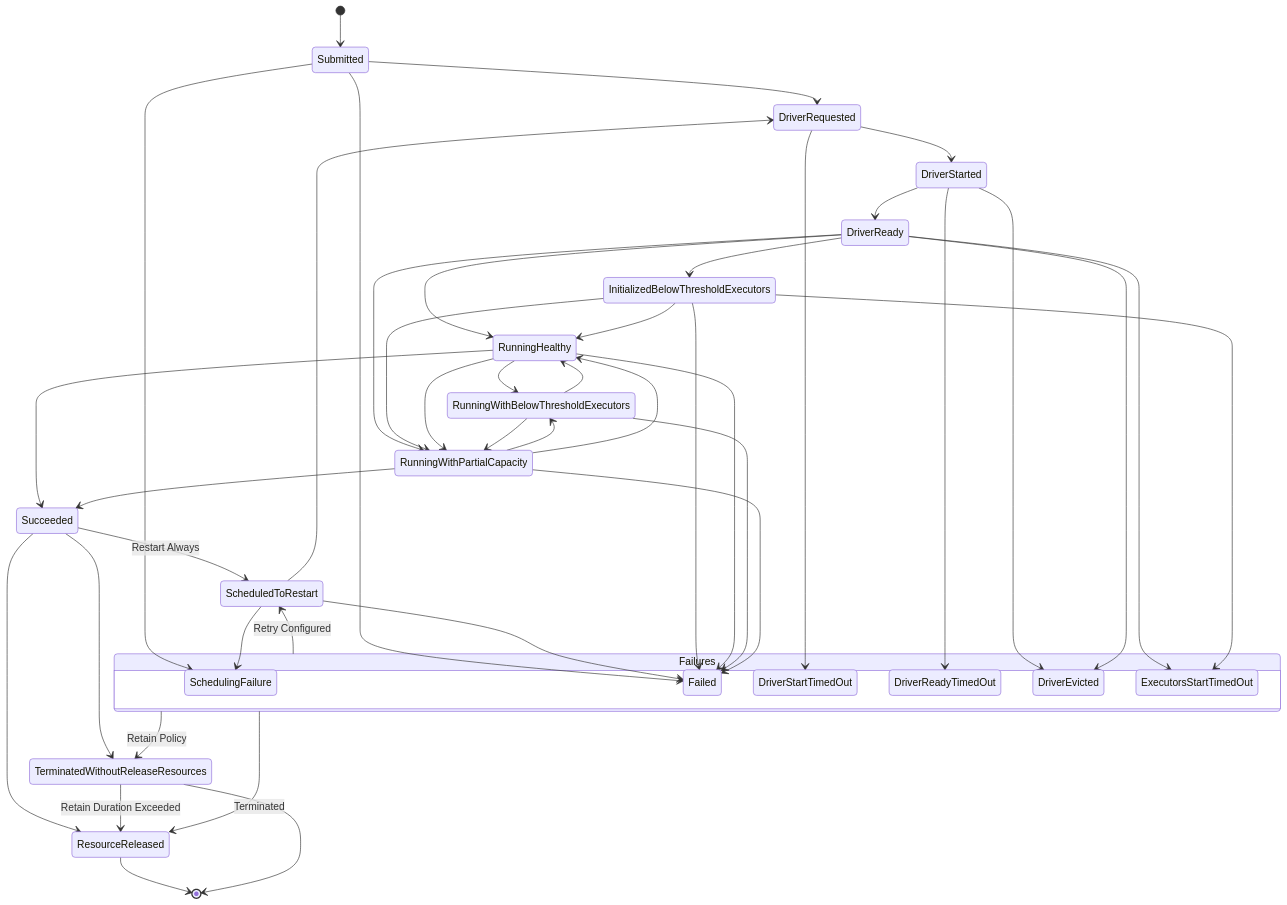
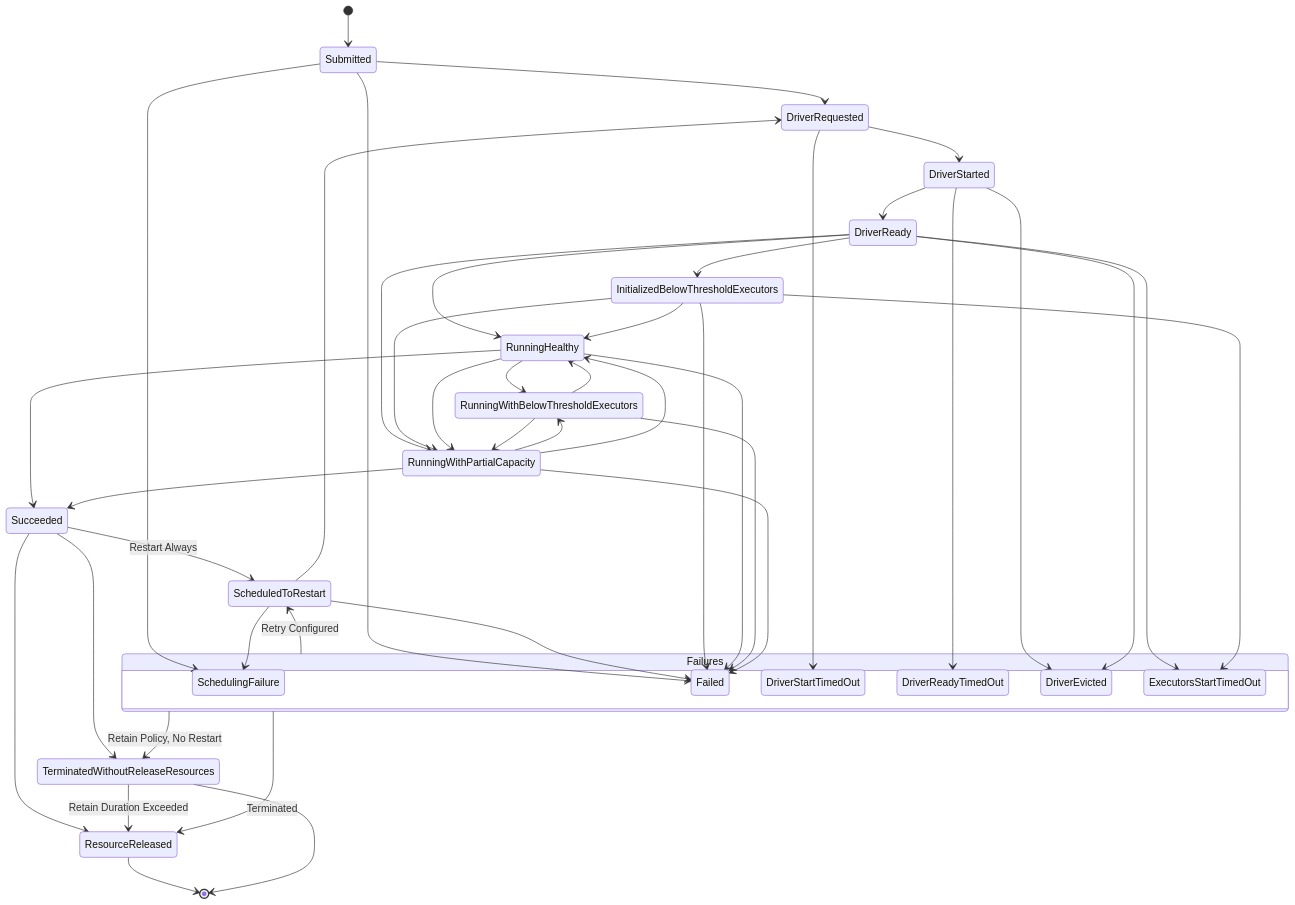
One commit to apache/spark-kubernetes-operator changed the second of 3 diagrams in docs/architecture.md. Above: the diagram before and after it, drawn with Mermaid. The commit also changed 3 other files, not shown here.

````diff
--- a/docs/architecture.md
+++ b/docs/architecture.md
@@ -96,67 +96,67 @@
 ```mermaid
 stateDiagram-v2
 
     [*] --> Submitted
 
     Submitted --> DriverRequested
     Submitted --> SchedulingFailure
     Submitted --> Failed
 
     ScheduledToRestart --> DriverRequested
     ScheduledToRestart --> SchedulingFailure
     ScheduledToRestart --> Failed
 
     DriverRequested --> DriverStarted
     DriverRequested --> DriverStartTimedOut
 
     DriverStarted --> DriverReady
     DriverStarted --> DriverReadyTimedOut
     DriverStarted --> DriverEvicted
 
     DriverReady --> RunningHealthy
     DriverReady --> InitializedBelowThresholdExecutors
     DriverReady --> RunningWithPartialCapacity
     DriverReady --> ExecutorsStartTimedOut
     DriverReady --> DriverEvicted
 
     InitializedBelowThresholdExecutors --> RunningHealthy
     InitializedBelowThresholdExecutors --> RunningWithPartialCapacity
     InitializedBelowThresholdExecutors --> ExecutorsStartTimedOut
     InitializedBelowThresholdExecutors --> Failed
 
     RunningHealthy --> Succeeded
     RunningHealthy --> RunningWithBelowThresholdExecutors
     RunningHealthy --> RunningWithPartialCapacity
     RunningHealthy --> Failed
 
     RunningWithBelowThresholdExecutors --> RunningWithPartialCapacity
     RunningWithBelowThresholdExecutors --> RunningHealthy
     RunningWithBelowThresholdExecutors --> Failed
 
     RunningWithPartialCapacity --> RunningWithBelowThresholdExecutors
     RunningWithPartialCapacity --> RunningHealthy
     RunningWithPartialCapacity --> Succeeded
     RunningWithPartialCapacity --> Failed
 
     state Failures {
         SchedulingFailure
         DriverStartTimedOut
         DriverReadyTimedOut
         ExecutorsStartTimedOut
         DriverEvicted
         Failed
     }
 
     Failures --> ScheduledToRestart : Retry Configured
     Failures --> ResourceReleased : Terminated
 
     Succeeded --> ScheduledToRestart : Restart Always
     Succeeded --> ResourceReleased
     ResourceReleased --> [*]
 
     %% Place TerminatedWithoutReleaseResources further to avoid overlap
-    Failures --> TerminatedWithoutReleaseResources : Retain Policy
+    Failures --> TerminatedWithoutReleaseResources : Retain Policy, No Restart
     Succeeded --> TerminatedWithoutReleaseResources
     TerminatedWithoutReleaseResources --> ResourceReleased : Retain Duration Exceeded
     TerminatedWithoutReleaseResources --> [*]
 ```
````
